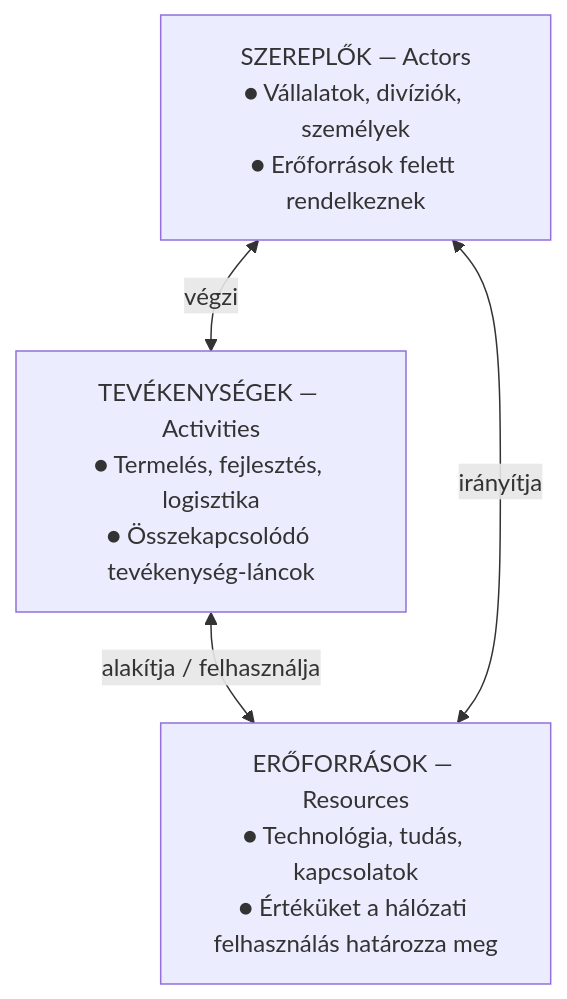
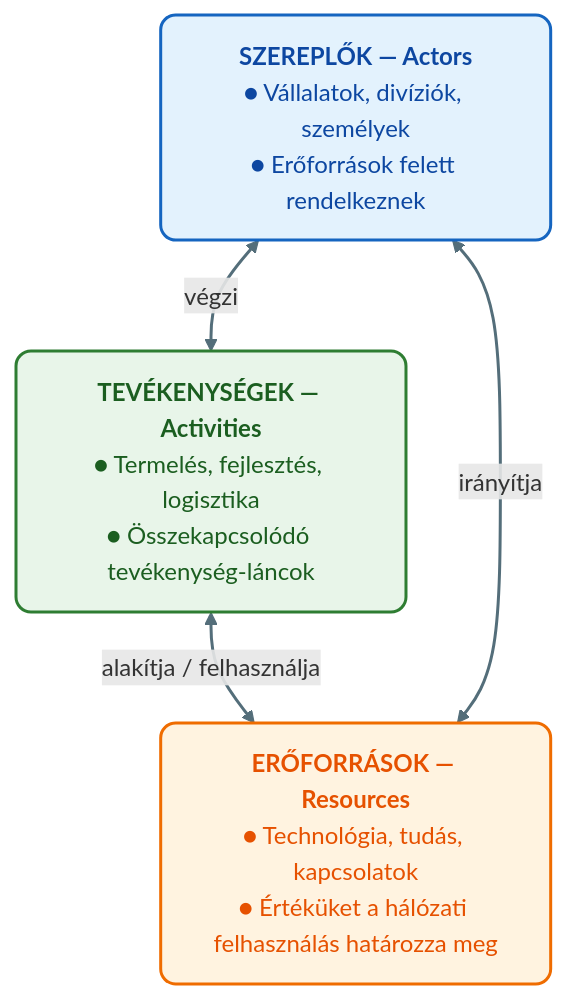
The fourth of 4 diagrams in Tételek/V18-GMXVU2MBLF-Hálózati működés és szempontjai.tétel.md (denespocsik/MM_BSC_Zarovizsga), drawn with Mermaid before and after one commit. The commit also changed other lines of this file and 34 other files, not shown here.

First line of the commit message:
style(tételek): egységes vizuális arculat a Mermaid-diagramokhoz

````diff
--- a/Tételek/V18-GMXVU2MBLF-Hálózati működés és szempontjai.tétel.md
+++ b/Tételek/V18-GMXVU2MBLF-Hálózati működés és szempontjai.tétel.md
@@ -94,10 +120,16 @@
 ```mermaid
 flowchart TD
-    SZ["SZEREPLŐK — Actors\n● Vállalatok, divíziók, személyek\n● Erőforrások felett rendelkeznek"]
-    T["TEVÉKENYSÉGEK — Activities\n● Termelés, fejlesztés, logisztika\n● Összekapcsolódó tevékenység-láncok"]
-    E["ERŐFORRÁSOK — Resources\n● Technológia, tudás, kapcsolatok\n● Értéküket a hálózati felhasználás határozza meg"]
+    SZ["<b>SZEREPLŐK — Actors</b><br/>● Vállalatok, divíziók, személyek<br/>● Erőforrások felett rendelkeznek"]:::kek
+    T["<b>TEVÉKENYSÉGEK — Activities</b><br/>● Termelés, fejlesztés, logisztika<br/>● Összekapcsolódó tevékenység-láncok"]:::zold
+    E["<b>ERŐFORRÁSOK — Resources</b><br/>● Technológia, tudás, kapcsolatok<br/>● Értéküket a hálózati felhasználás határozza meg"]:::narancs
 
     SZ <-->|"végzi"| T
     T <-->|"alakítja / felhasználja"| E
     E <-->|"irányítja"| SZ
+
+    classDef kek     fill:#e3f2fd,stroke:#1565c0,stroke-width:2px,color:#0d47a1,rx:10,ry:10;
+    classDef zold    fill:#e8f5e9,stroke:#2e7d32,stroke-width:2px,color:#1b5e20,rx:10,ry:10;
+    classDef narancs fill:#fff3e0,stroke:#ef6c00,stroke-width:2px,color:#e65100,rx:10,ry:10;
+
+    linkStyle default stroke:#546e7a,stroke-width:2px;
 ```
````
